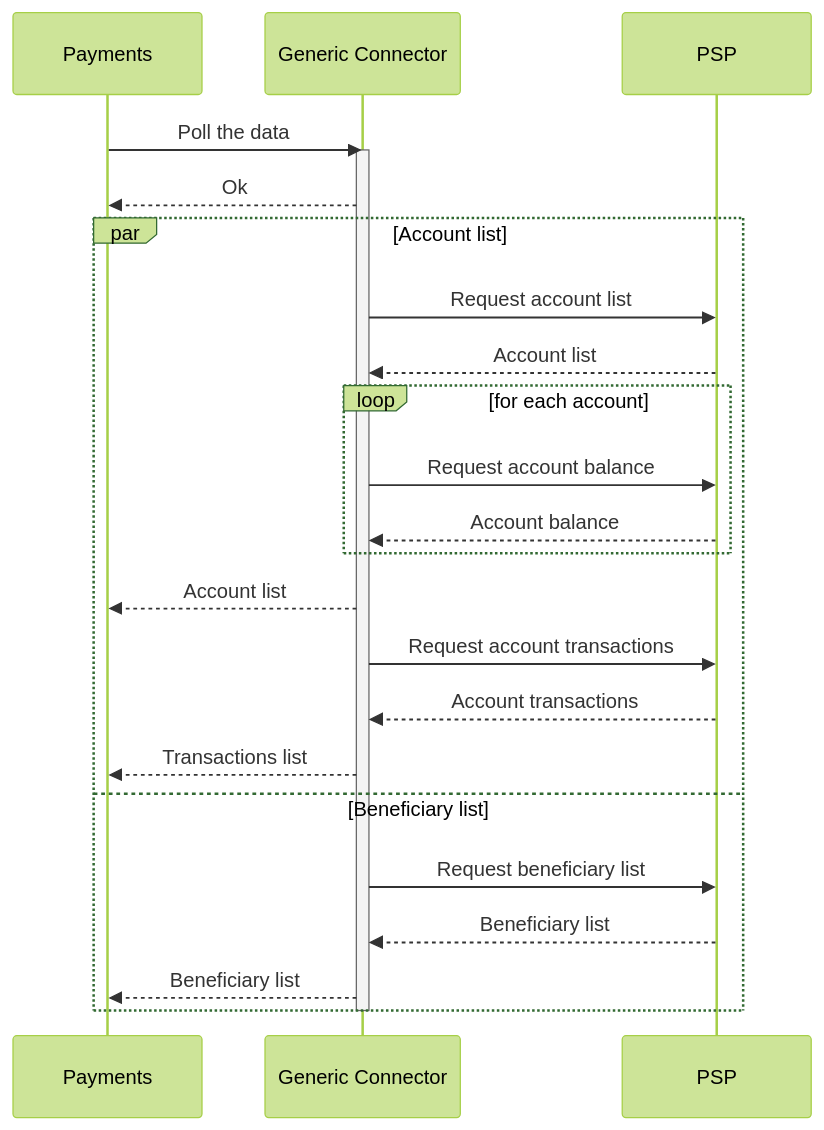
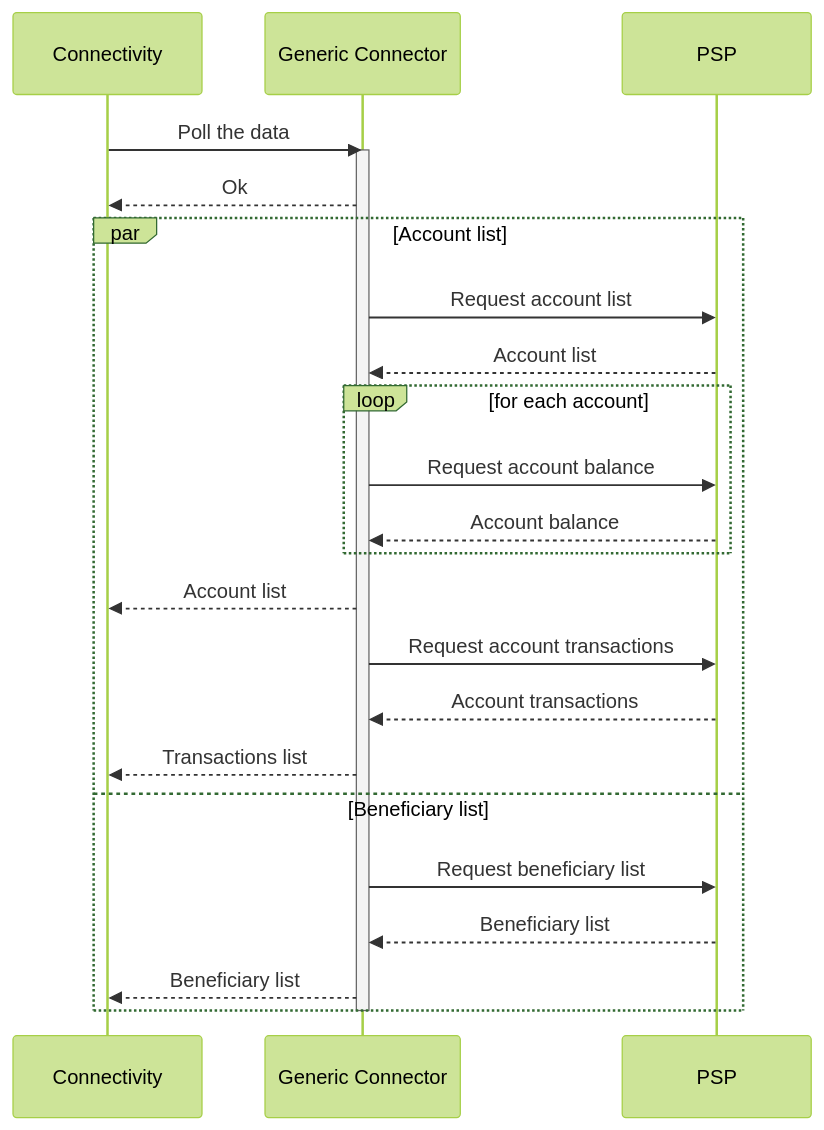
The first of 2 diagrams in docs/payments/connectors/generic/explanations/how_it_works.md (formancehq/docs), drawn with Mermaid (forest theme) before and after one commit. The commit also changed other lines of this file and 11 other files, not shown here.

Commit message:
feat: Rebrand Payments to Connectivity

````diff
--- a/docs/payments/connectors/generic/explanations/how_it_works.md
+++ b/docs/payments/connectors/generic/explanations/how_it_works.md
@@ -12,25 +12,25 @@
 ```mermaid
 sequenceDiagram
-  Payments ->> Generic Connector: Poll the data
+  Connectivity ->> Generic Connector: Poll the data
   activate Generic Connector
-  Generic Connector -->> Payments: Ok
+  Generic Connector -->> Connectivity: Ok
   par Account list
     Generic Connector ->> PSP: Request account list
     PSP -->> Generic Connector: Account list
     loop for each account
       Generic Connector ->> PSP: Request account balance
       PSP -->> Generic Connector: Account balance
     end
 
-    Generic Connector -->> Payments: Account list
+    Generic Connector -->> Connectivity: Account list
     Generic Connector ->> PSP: Request account transactions
     PSP -->> Generic Connector: Account transactions
 
-    Generic Connector -->> Payments: Transactions list
+    Generic Connector -->> Connectivity: Transactions list
   and Beneficiary list
     Generic Connector ->> PSP: Request beneficiary list
     PSP -->> Generic Connector: Beneficiary list
-    Generic Connector -->> Payments: Beneficiary list
+    Generic Connector -->> Connectivity: Beneficiary list
   end
   deactivate Generic Connector
 ```
````
